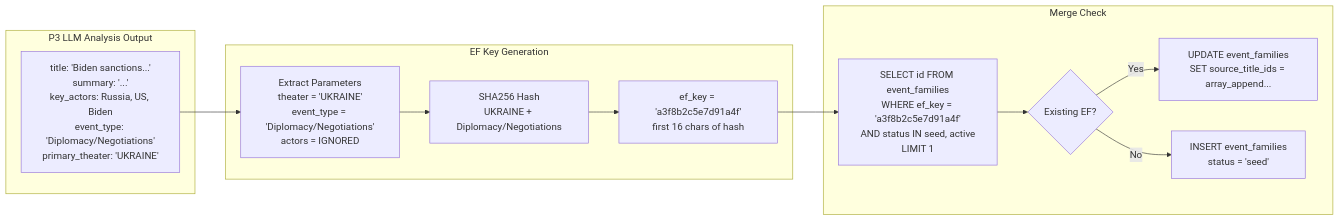
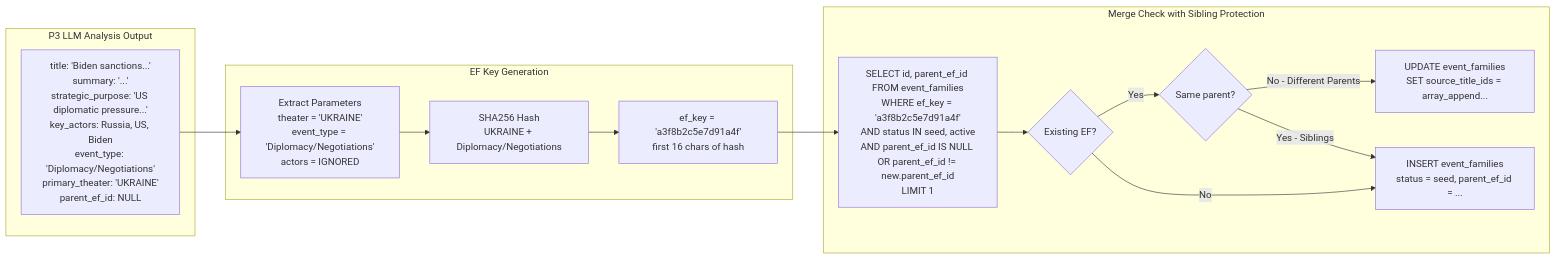
The second of 5 diagrams in docs/PIPELINE_DIAGRAM.md (design4music/sni-platform), drawn with Mermaid before and after one commit. The commit also changed other lines of this file and 5 other files, not shown here.

````diff
--- a/docs/PIPELINE_DIAGRAM.md
+++ b/docs/PIPELINE_DIAGRAM.md
@@ -129,23 +173,26 @@
 ```mermaid
 flowchart LR
     subgraph "P3 LLM Analysis Output"
-        LLM_OUT[title: 'Biden sanctions...'<br/>summary: '...'<br/>key_actors: Russia, US, Biden<br/>event_type: 'Diplomacy/Negotiations'<br/>primary_theater: 'UKRAINE']
+        LLM_OUT[title: 'Biden sanctions...'<br/>summary: '...'<br/>strategic_purpose: 'US diplomatic pressure...'<br/>key_actors: Russia, US, Biden<br/>event_type: 'Diplomacy/Negotiations'<br/>primary_theater: 'UKRAINE'<br/>parent_ef_id: NULL]
     end
 
     subgraph "EF Key Generation"
         EXTRACT[Extract Parameters<br/>theater = 'UKRAINE'<br/>event_type = 'Diplomacy/Negotiations'<br/>actors = IGNORED]
         HASH[SHA256 Hash<br/>UKRAINE + Diplomacy/Negotiations]
         KEY[ef_key = 'a3f8b2c5e7d91a4f'<br/>first 16 chars of hash]
     end
 
-    subgraph "Merge Check"
-        QUERY[SELECT id FROM event_families<br/>WHERE ef_key = 'a3f8b2c5e7d91a4f'<br/>AND status IN seed, active<br/>LIMIT 1]
+    subgraph "Merge Check with Sibling Protection"
+        QUERY[SELECT id, parent_ef_id FROM event_families<br/>WHERE ef_key = 'a3f8b2c5e7d91a4f'<br/>AND status IN seed, active<br/>AND parent_ef_id IS NULL OR parent_ef_id != new.parent_ef_id<br/>LIMIT 1]
         FOUND{Existing EF?}
+        SIBLING_CHECK{Same parent?}
         MERGE[UPDATE event_families<br/>SET source_title_ids = array_append...]
-        CREATE[INSERT event_families<br/>status = 'seed']
+        CREATE[INSERT event_families<br/>status = seed, parent_ef_id = ...]
     end
 
     LLM_OUT --> EXTRACT --> HASH --> KEY --> QUERY --> FOUND
-    FOUND -->|Yes| MERGE
+    FOUND -->|Yes| SIBLING_CHECK
+    SIBLING_CHECK -->|No - Different Parents| MERGE
+    SIBLING_CHECK -->|Yes - Siblings| CREATE
     FOUND -->|No| CREATE
 ```
````
